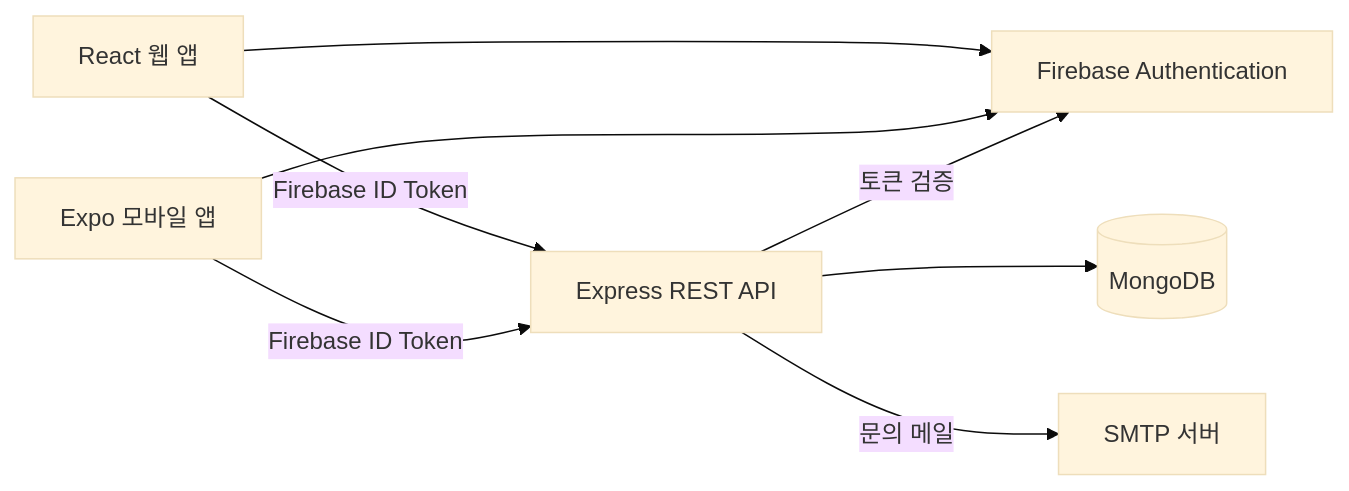
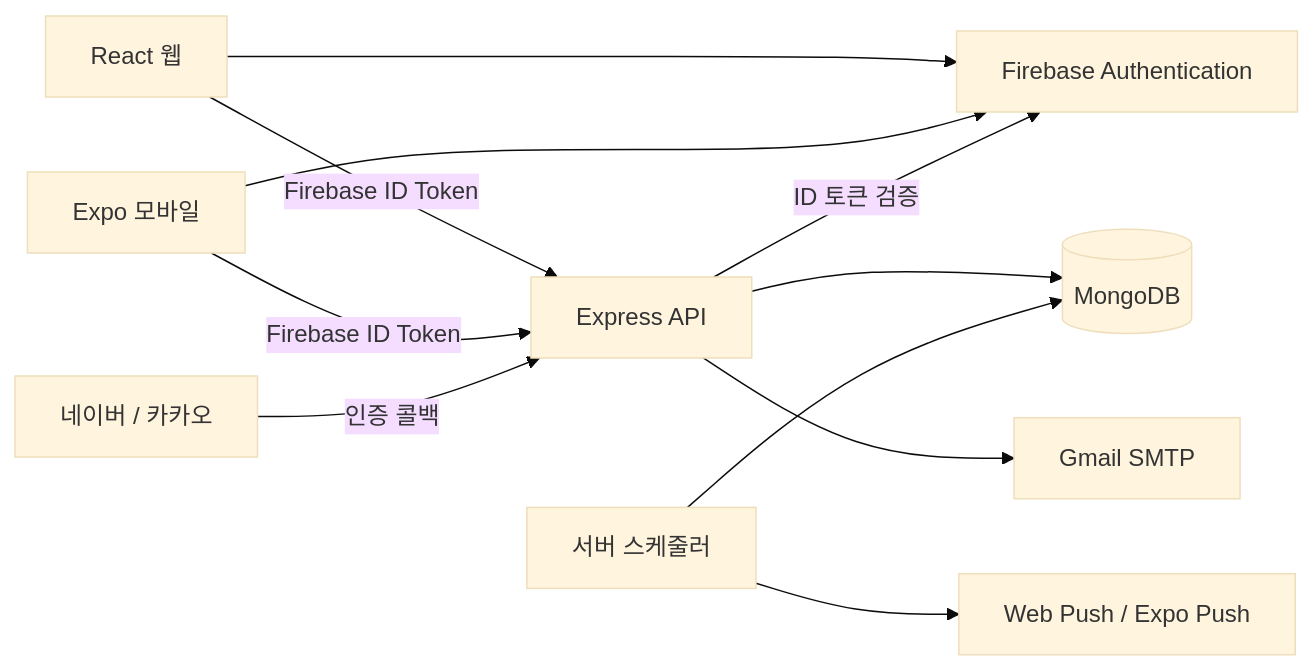
One commit to KangGiMin/Don-t-forget changed the diagram in README.md. Above: the diagram before and after it, drawn with Mermaid (base theme). The commit also changed other lines of this file, not shown here.

````diff
--- a/README.md
+++ b/README.md
@@ -49,10 +106,13 @@
 ```mermaid
 flowchart LR
-    Web[React 웹 앱] -->|Firebase ID Token| API[Express REST API]
-    Mobile[Expo 모바일 앱] -->|Firebase ID Token| API
-    Web --> Firebase[Firebase Authentication]
-    Mobile --> Firebase
-    API -->|토큰 검증| Firebase
+    Web[React 웹] -->|Firebase ID Token| API[Express API]
+    Mobile[Expo 모바일] -->|Firebase ID Token| API
+    Web --> Auth[Firebase Authentication]
+    Mobile --> Auth
+    API -->|ID 토큰 검증| Auth
     API --> DB[(MongoDB)]
-    API -->|문의 메일| SMTP[SMTP 서버]
+    Jobs[서버 스케줄러] --> DB
+    Jobs --> Push[Web Push / Expo Push]
+    API --> SMTP[Gmail SMTP]
+    OAuth[네이버 / 카카오] -->|인증 콜백| API
 ```
````
